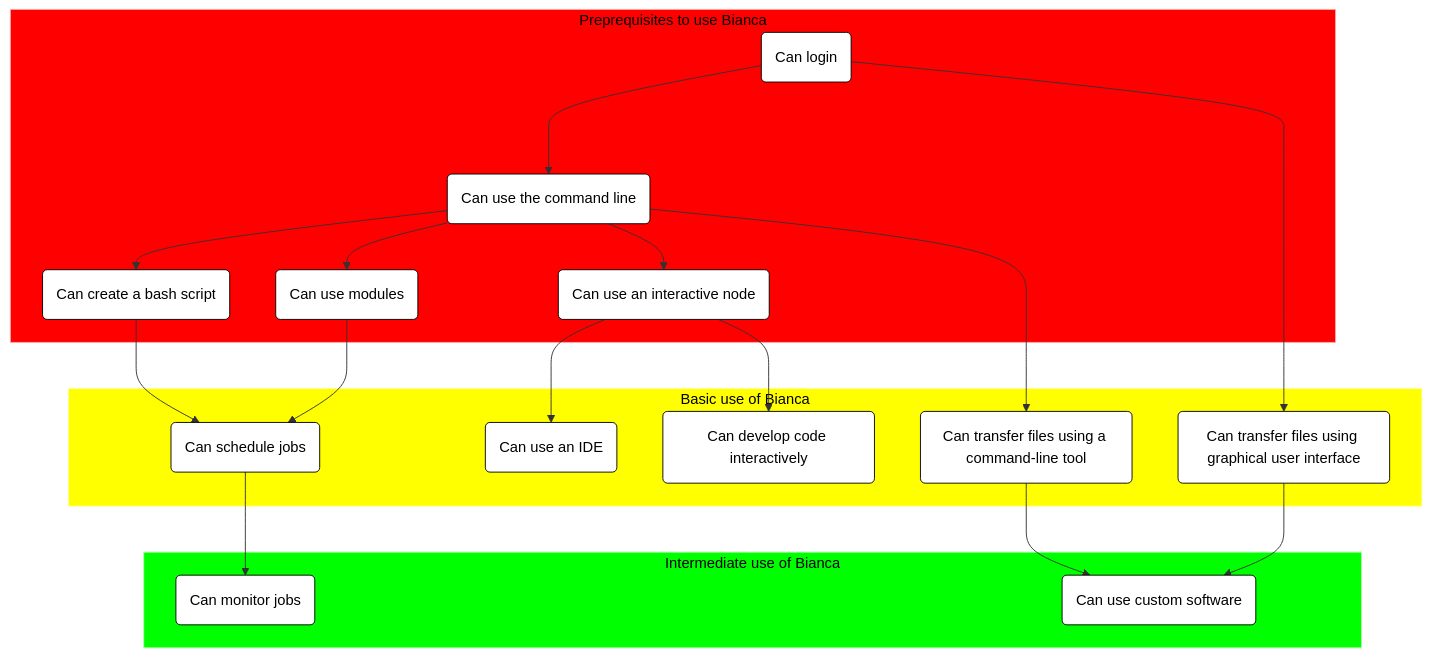
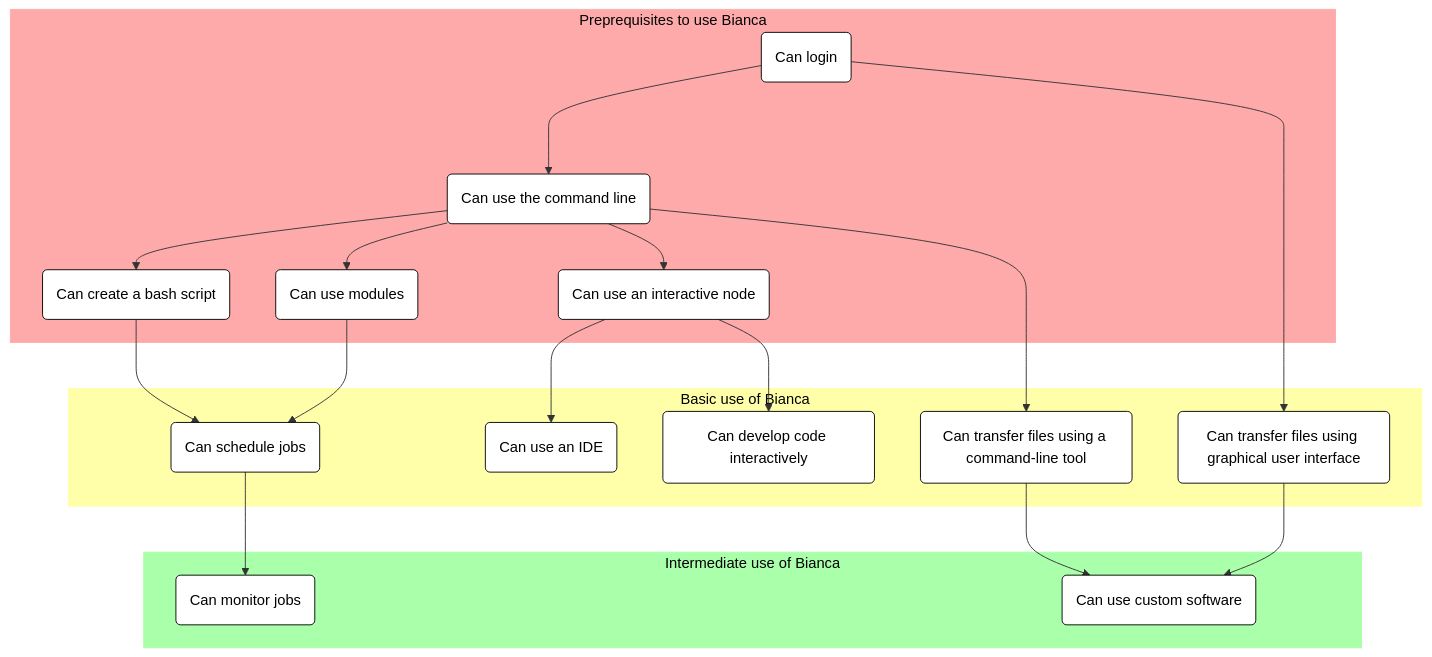
One commit to UPPMAX/bianca_workshop changed the fourth of 5 diagrams in docs/overview.md. Above: the diagram before and after it, drawn with Mermaid.

Commit message:
Use softer colors

````diff
--- a/docs/overview.md
+++ b/docs/overview.md
@@ -385,44 +385,44 @@
 ```mermaid
 flowchart TD
 
     %% Give a white background, instead of a transparent one
     classDef node fill:#fff,color:#000,stroke:#000
 
     subgraph sub_prerequisites["Preprequisites to use Bianca"]
       can_login(Can login)
       can_use_command_line(Can use the command line)
       can_create_bash_script(Can create a bash script)
       can_use_modules(Can use modules)
       can_use_interactive_node(Can use an interactive node)
     end
-    style sub_prerequisites fill:#f00,color:#000,stroke:#faa
+    style sub_prerequisites fill:#faa,color:#000,stroke:#faa
 
     subgraph sub_basic_use["Basic use of Bianca"]
       can_develop_code_interactively(Can develop code interactively)
       can_tranfer_files_using_gui(Can transfer files using graphical user interface)
       can_tranfer_files_using_cli(Can transfer files using a command-line tool)
       can_schedule_jobs(Can schedule jobs)
       can_use_ide(Can use an IDE)
     end
-    style sub_basic_use fill:#ff0,color:#000,stroke:#ffa
+    style sub_basic_use fill:#ffa,color:#000,stroke:#ffa
 
     subgraph sub_intermediate_use["Intermediate use of Bianca"]
       can_use_custom_software(Can use custom software)
       can_monitor_jobs(Can monitor jobs)
     end
-    style sub_intermediate_use fill:#0f0,color:#000,stroke:#afa
+    style sub_intermediate_use fill:#afa,color:#000,stroke:#afa
 
     can_login ---> can_use_command_line
     can_login ---> can_tranfer_files_using_gui
     can_use_command_line --> can_create_bash_script
     can_use_command_line --> can_use_modules
     can_use_command_line --> can_use_interactive_node
     can_use_command_line --> can_tranfer_files_using_cli
     can_use_modules --> can_schedule_jobs
     can_create_bash_script --> can_schedule_jobs
     can_schedule_jobs --> can_monitor_jobs
     can_use_interactive_node --> can_use_ide
     can_use_interactive_node --> can_develop_code_interactively
     can_tranfer_files_using_cli --> can_use_custom_software
     can_tranfer_files_using_gui --> can_use_custom_software
 ```
````
